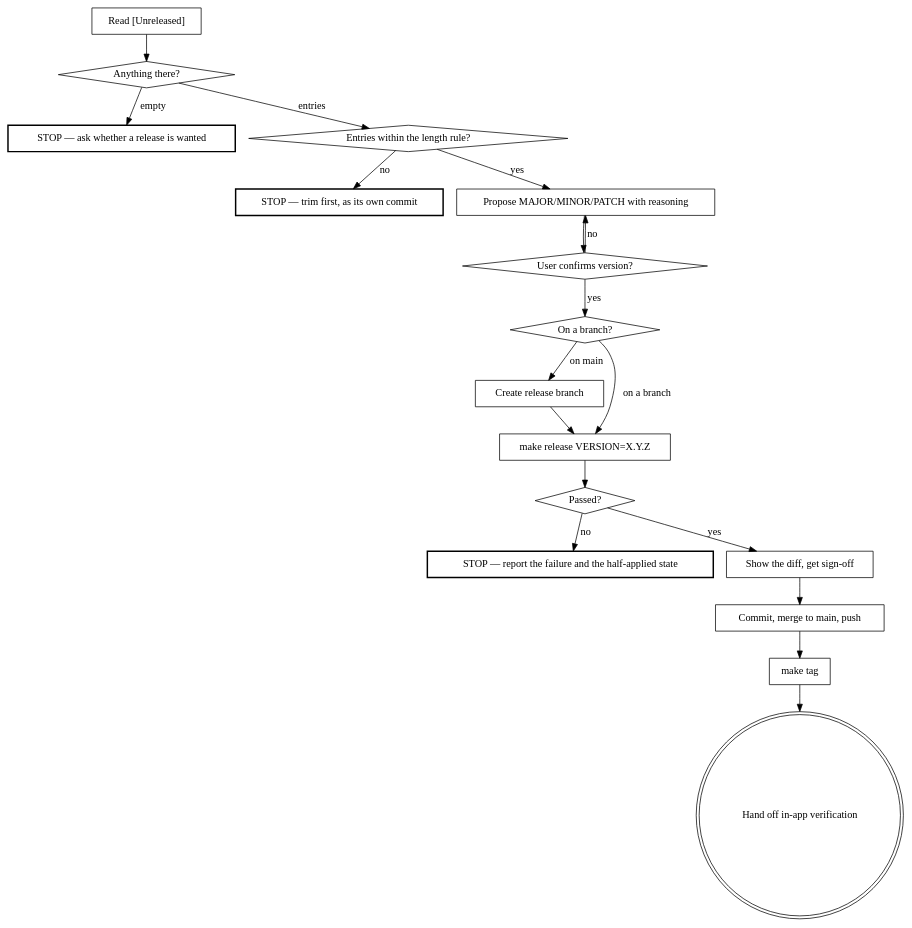
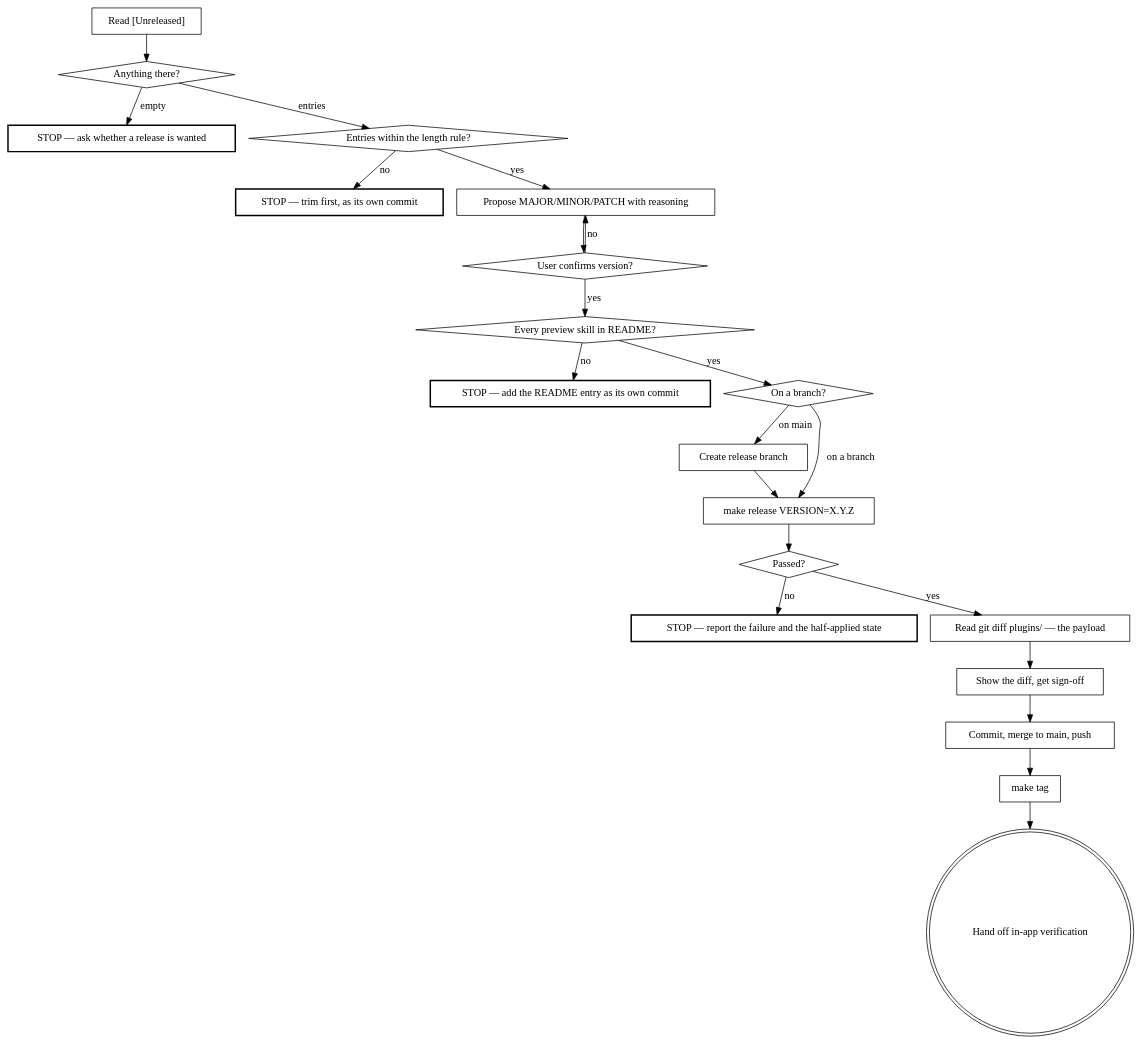
Before and after one commit to Ovid/paad: the diagram in .claude/skills/release/SKILL.md, drawn with Graphviz. The commit also changed other lines of this file and 35 other files, not shown here.

````diff
--- a/.claude/skills/release/SKILL.md
+++ b/.claude/skills/release/SKILL.md
@@ -24,38 +32,44 @@
 ```dot
 digraph release {
     "Read [Unreleased]" [shape=box];
     "Anything there?" [shape=diamond];
     "STOP — ask whether a release is wanted" [shape=box, style=bold];
     "Entries within the length rule?" [shape=diamond];
     "STOP — trim first, as its own commit" [shape=box, style=bold];
     "Propose MAJOR/MINOR/PATCH with reasoning" [shape=box];
     "User confirms version?" [shape=diamond];
+    "Every preview skill in README?" [shape=diamond];
+    "STOP — add the README entry as its own commit" [shape=box, style=bold];
     "On a branch?" [shape=diamond];
     "Create release branch" [shape=box];
     "make release VERSION=X.Y.Z" [shape=box];
     "Passed?" [shape=diamond];
     "STOP — report the failure and the half-applied state" [shape=box, style=bold];
+    "Read git diff plugins/ — the payload" [shape=box];
     "Show the diff, get sign-off" [shape=box];
     "Commit, merge to main, push" [shape=box];
     "make tag" [shape=box];
     "Hand off in-app verification" [shape=doublecircle];
 
     "Read [Unreleased]" -> "Anything there?";
     "Anything there?" -> "STOP — ask whether a release is wanted" [label="empty"];
     "Anything there?" -> "Entries within the length rule?" [label="entries"];
     "Entries within the length rule?" -> "STOP — trim first, as its own commit" [label="no"];
     "Entries within the length rule?" -> "Propose MAJOR/MINOR/PATCH with reasoning" [label="yes"];
     "Propose MAJOR/MINOR/PATCH with reasoning" -> "User confirms version?";
     "User confirms version?" -> "Propose MAJOR/MINOR/PATCH with reasoning" [label="no"];
-    "User confirms version?" -> "On a branch?" [label="yes"];
+    "User confirms version?" -> "Every preview skill in README?" [label="yes"];
+    "Every preview skill in README?" -> "STOP — add the README entry as its own commit" [label="no"];
+    "Every preview skill in README?" -> "On a branch?" [label="yes"];
     "On a branch?" -> "Create release branch" [label="on main"];
     "On a branch?" -> "make release VERSION=X.Y.Z" [label="on a branch"];
     "Create release branch" -> "make release VERSION=X.Y.Z";
     "make release VERSION=X.Y.Z" -> "Passed?";
     "Passed?" -> "STOP — report the failure and the half-applied state" [label="no"];
-    "Passed?" -> "Show the diff, get sign-off" [label="yes"];
+    "Passed?" -> "Read git diff plugins/ — the payload" [label="yes"];
+    "Read git diff plugins/ — the payload" -> "Show the diff, get sign-off";
     "Show the diff, get sign-off" -> "Commit, merge to main, push";
     "Commit, merge to main, push" -> "make tag";
     "make tag" -> "Hand off in-app verification";
 }
 ```
````
